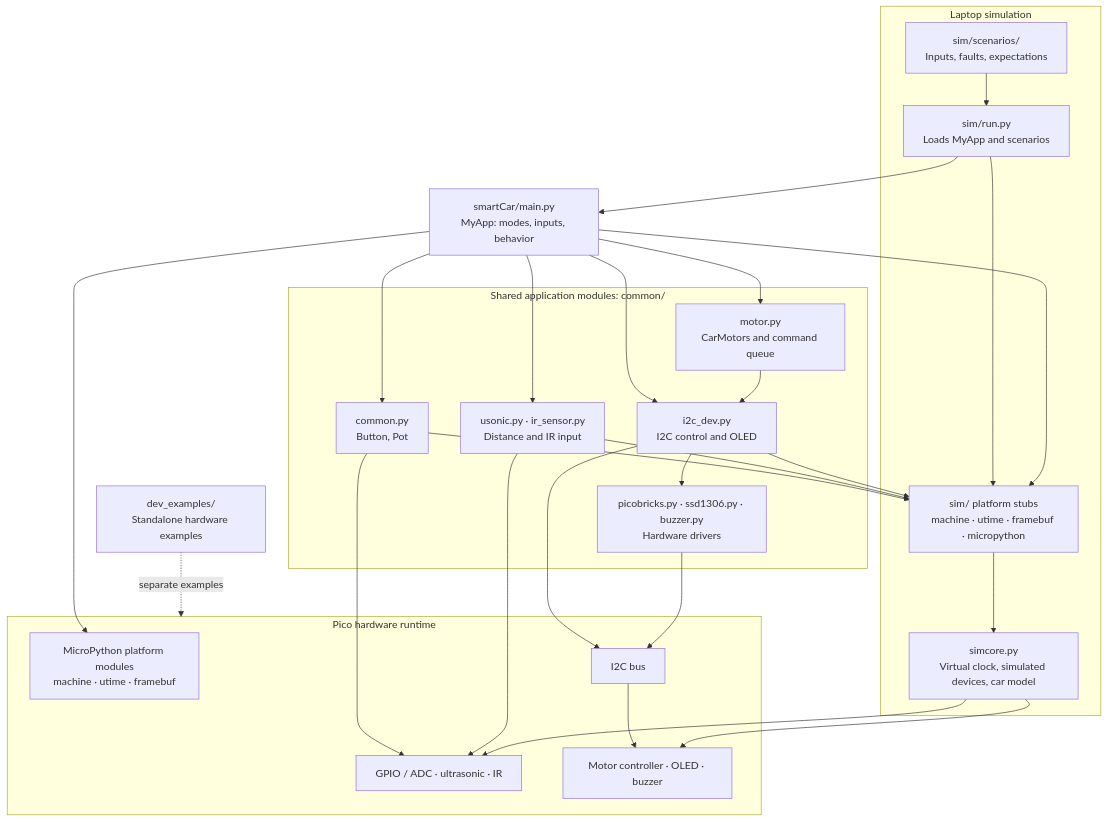
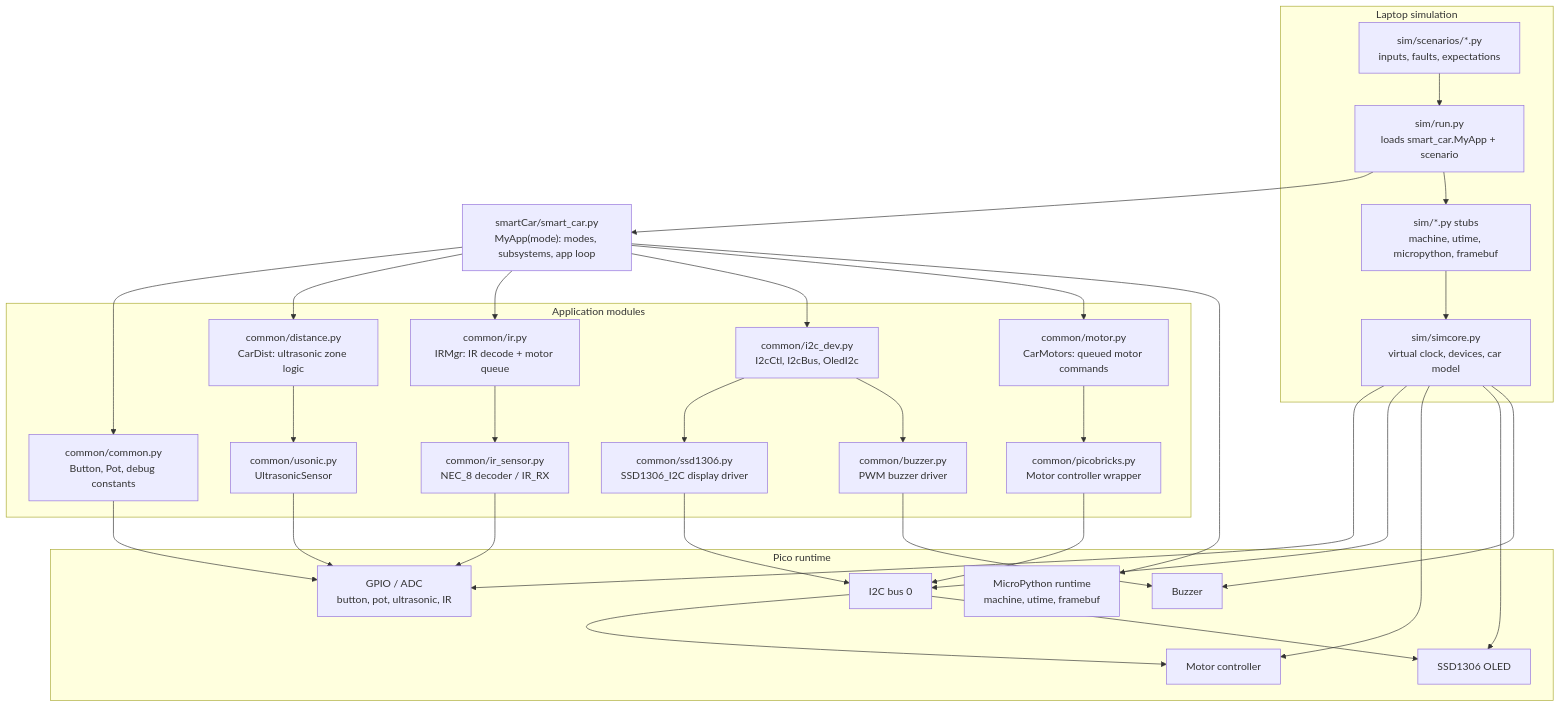
One commit to fkuhns/mybricks changed the first of 2 diagrams in smartCar/architecture.md. Above: the diagram before and after it, drawn with Mermaid. The commit also changed other lines of this file and 24 other files, not shown here.

````diff
--- a/smartCar/architecture.md
+++ b/smartCar/architecture.md
@@ -2,55 +3,66 @@
 ```mermaid
 flowchart TD
-    app["smartCar/main.py<br/>MyApp: modes, inputs, behavior"]
+    app["smartCar/smart_car.py<br/>MyApp(mode): modes, subsystems, app loop"]
 
-    subgraph shared["Shared application modules: common/"]
-        inputs["common.py<br/>Button, Pot"]
-        sensors["usonic.py · ir_sensor.py<br/>Distance and IR input"]
-        control["motor.py<br/>CarMotors and command queue"]
-        display["i2c_dev.py<br/>I2C control and OLED"]
-        drivers["picobricks.py · ssd1306.py · buzzer.py<br/>Hardware drivers"]
+    subgraph appmods["Application modules"]
+        common["common/common.py<br/>Button, Pot, debug constants"]
+        dist["common/distance.py<br/>CarDist: ultrasonic zone logic"]
+        ir["common/ir.py<br/>IRMgr: IR decode + motor queue"]
+        i2c["common/i2c_dev.py<br/>I2cCtl, I2cBus, OledI2c"]
+        motor["common/motor.py<br/>CarMotors: queued motor commands"]
+        sonic["common/usonic.py<br/>UltrasonicSensor"]
+        ir_rx["common/ir_sensor.py<br/>NEC_8 decoder / IR_RX"]
+        oled["common/ssd1306.py<br/>SSD1306_I2C display driver"]
+        buzzer["common/buzzer.py<br/>PWM buzzer driver"]
+        motor_hw["common/picobricks.py<br/>Motor controller wrapper"]
     end
 
-    subgraph hardware["Pico hardware runtime"]
-        mp["MicroPython platform modules<br/>machine · utime · framebuf"]
-        devices["GPIO / ADC · ultrasonic · IR"]
-        bus["I2C bus"]
-        outputs["Motor controller · OLED · buzzer"]
+    subgraph hardware["Pico runtime"]
+        mp["MicroPython runtime<br/>machine, utime, framebuf"]
+        gpio["GPIO / ADC<br/>button, pot, ultrasonic, IR"]
+        i2c_bus["I2C bus 0"]
+        motors["Motor controller"]
+        disp["SSD1306 OLED"]
+        beep["Buzzer"]
     end
 
-    subgraph simulation["Laptop simulation"]
-        runner["sim/run.py<br/>Loads MyApp and scenarios"]
-        stubs["sim/ platform stubs<br/>machine · utime · framebuf · micropython"]
-        world["simcore.py<br/>Virtual clock, simulated devices, car model"]
-        scenarios["sim/scenarios/<br/>Inputs, faults, expectations"]
+    subgraph sim["Laptop simulation"]
+        runner["sim/run.py<br/>loads smart_car.MyApp + scenario"]
+        stubs["sim/*.py stubs<br/>machine, utime, micropython, framebuf"]
+        world["sim/simcore.py<br/>virtual clock, devices, car model"]
+        scenarios["sim/scenarios/*.py<br/>inputs, faults, expectations"]
     end
 
-    examples["dev_examples/<br/>Standalone hardware examples"]
+    app --> common
+    app --> dist
+    app --> ir
+    app --> i2c
+    app --> motor
 
-    app --> inputs
-    app --> sensors
-    app --> control
-    app --> display
-    control --> display
-    display --> drivers
+    dist --> sonic
+    ir --> ir_rx
+    i2c --> oled
+    i2c --> buzzer
+    motor --> motor_hw
+
+    common --> gpio
+    sonic --> gpio
+    ir_rx --> gpio
+    oled --> i2c_bus
+    motor_hw --> i2c_bus
+    buzzer --> beep
+
+    i2c_bus --> motors
+    i2c_bus --> disp
 
     app --> mp
-    inputs --> devices
-    sensors --> devices
-    display --> bus
-    drivers --> bus
-    bus --> outputs
-
     runner --> app
+    runner --> stubs
     scenarios --> runner
-    runner --> stubs
     stubs --> world
-    app --> stubs
-    inputs --> stubs
-    sensors --> stubs
-    display --> stubs
-    world --> devices
-    world --> outputs
-
-    examples -. separate examples .-> hardware
+    world --> gpio
+    world --> i2c_bus
+    world --> motors
+    world --> disp
+    world --> beep
 ```
````
